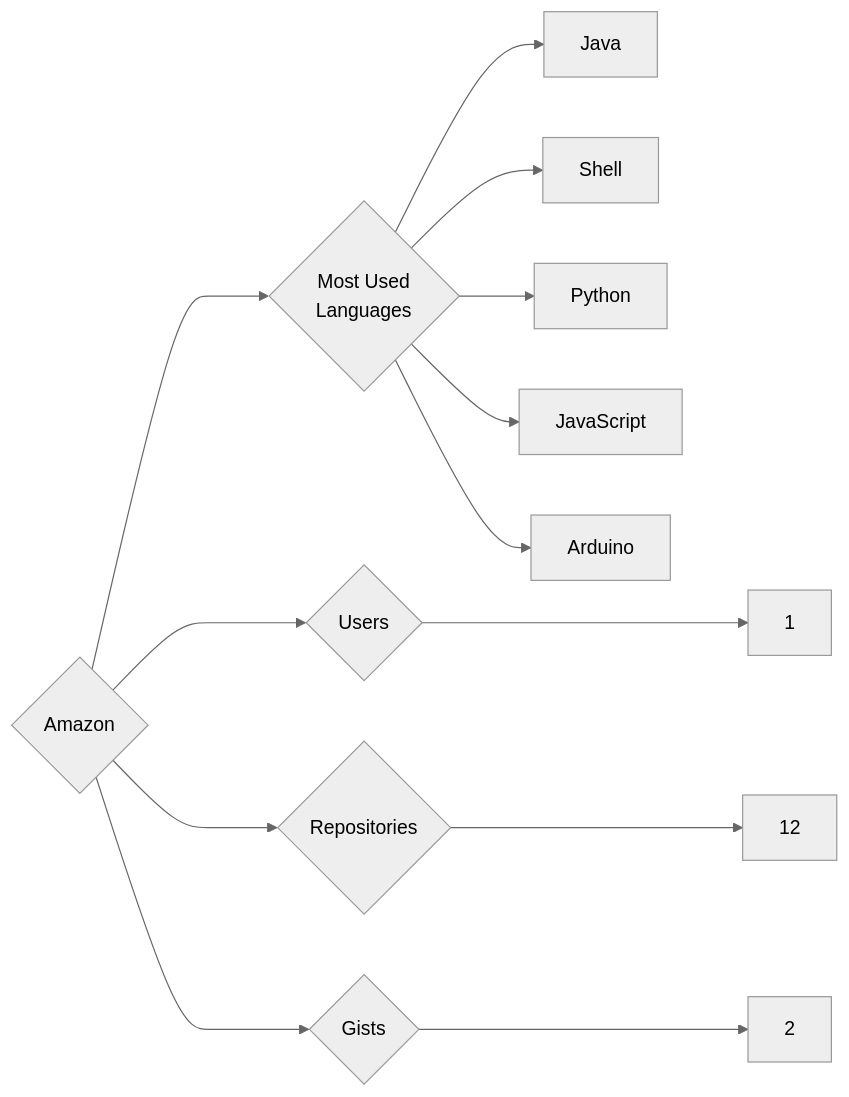
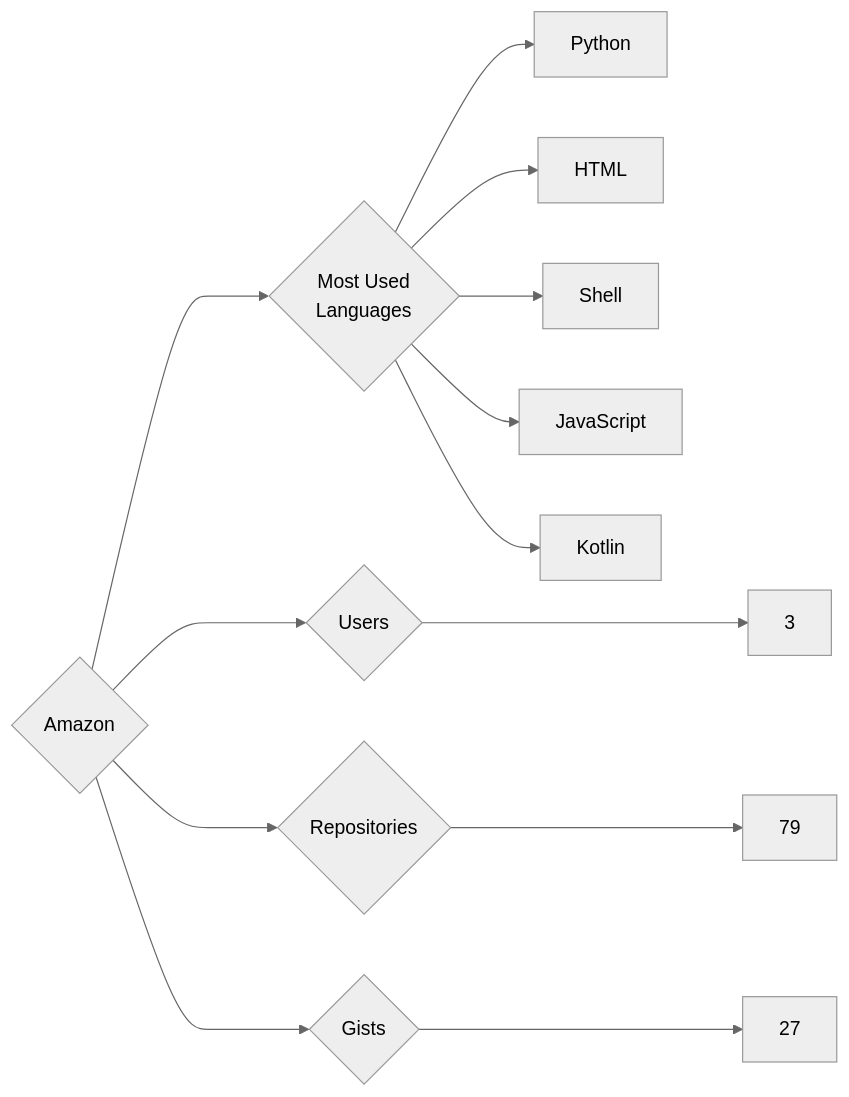
Before and after one commit to trickest/insiders: the diagram in targets/Amazon/README.md, drawn with Mermaid (neutral theme). The commit also changed 865 other files, not shown here.

````diff
--- a/targets/Amazon/README.md
+++ b/targets/Amazon/README.md
@@ -3,13 +3,13 @@
 ```mermaid
 graph LR
 COMPANY_NAME{Amazon}
-COMPANY_NAME ---> U{Users} ---> UN[1]
-COMPANY_NAME ---> R{Repositories} ---> RN[12]
-COMPANY_NAME ---> G{Gists} ---> GN[2]
+COMPANY_NAME ---> U{Users} ---> UN[3]
+COMPANY_NAME ---> R{Repositories} ---> RN[79]
+COMPANY_NAME ---> G{Gists} ---> GN[27]
 COMPANY_NAME ---> ML{Most Used<br>Languages}
-ML --> Java[Java]
+ML --> Python[Python]
+ML --> HTML[HTML]
 ML --> Shell[Shell]
-ML --> Python[Python]
 ML --> JavaScript[JavaScript]
-ML --> Arduino[Arduino]
+ML --> Kotlin[Kotlin]
 ```
````
